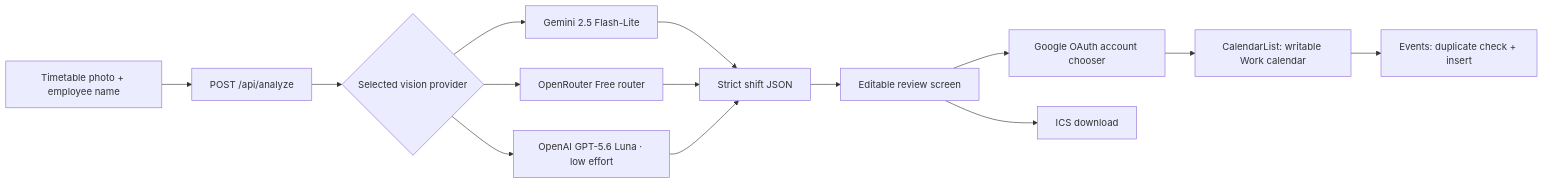
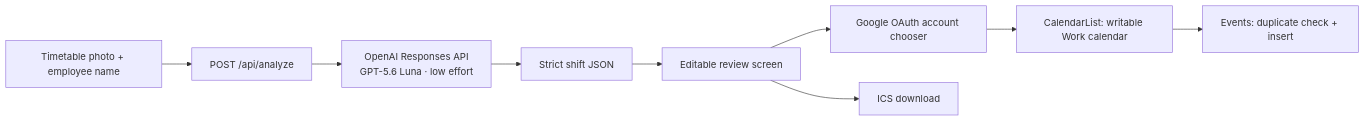
One commit to AyBeeee/shiftly changed the diagram in README.md. Above: the diagram before and after it, drawn with Mermaid. The commit also changed other lines of this file and 5 other files, not shown here.

````diff
--- a/README.md
+++ b/README.md
@@ -59,16 +58,11 @@
 ```mermaid
 flowchart LR
     A["Timetable photo + employee name"] --> B["POST /api/analyze"]
-    B --> C{"Selected vision provider"}
-    C --> C1["Gemini 2.5 Flash-Lite"]
-    C --> C2["OpenRouter Free router"]
-    C --> C3["OpenAI GPT-5.6 Luna · low effort"]
-    C1 --> D["Strict shift JSON"]
-    C2 --> D
-    C3 --> D
+    B --> C["OpenAI Responses API<br/>GPT-5.6 Luna · low effort"]
+    C --> D["Strict shift JSON"]
     D --> E["Editable review screen"]
     E --> F["Google OAuth account chooser"]
     F --> G["CalendarList: writable Work calendar"]
     G --> H["Events: duplicate check + insert"]
     E --> I["ICS download"]
 ```
````
